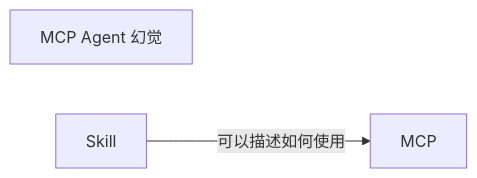
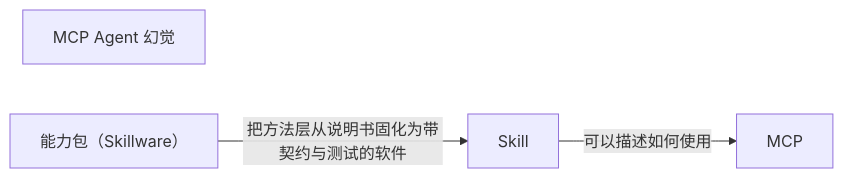
The sixth of 10 diagrams in 知识网络.md (z-Zihan/LLM-101), drawn with Mermaid before and after one commit. The commit also changed other lines of this file and 5 other files, not shown here.

````diff
--- a/知识网络.md
+++ b/知识网络.md
@@ -430,7 +431,9 @@
 ```mermaid
 flowchart LR
     n_mcp["MCP"]
     n_mcp_agent_hallucination["MCP Agent 幻觉"]
     n_skill["Skill"]
+    n_skillware_capability_bundle["能力包（Skillware）"]
     n_skill -->|"可以描述如何使用"| n_mcp
+    n_skillware_capability_bundle -->|"把方法层从说明书固化为带契约与测试的软件"| n_skill
 ```
````
